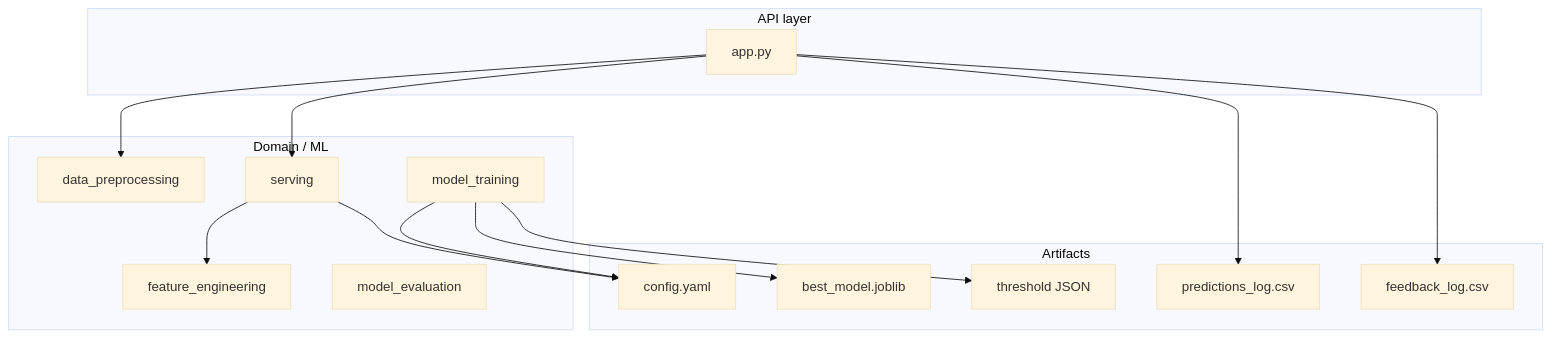
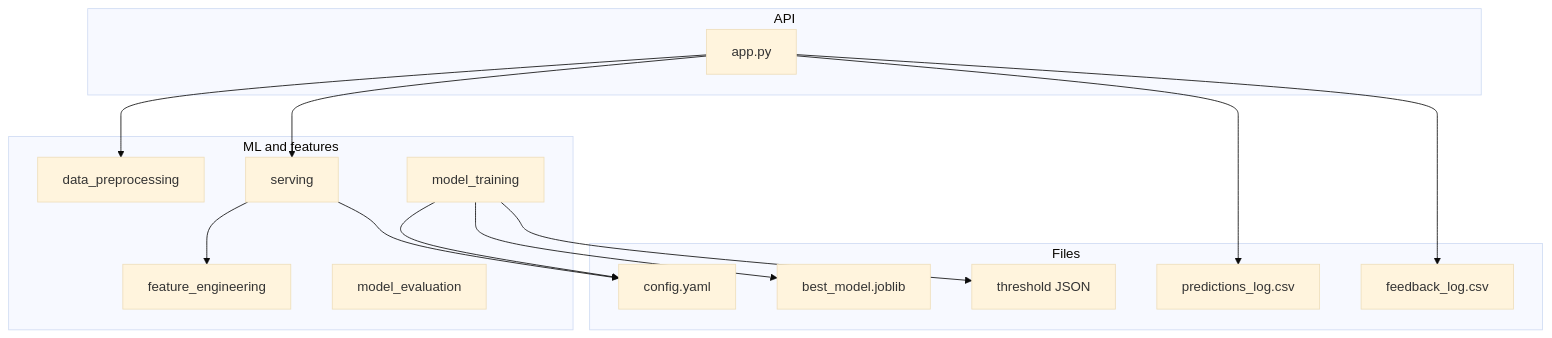
The third of 9 diagrams in docs/03_system_design.md (nhahub/NHA-4-190), drawn with Mermaid (base theme) before and after one commit. The commit also changed other lines of this file and 8 other files, not shown here.

````diff
--- a/docs/03_system_design.md
+++ b/docs/03_system_design.md
@@ -48,29 +48,29 @@
 ```mermaid
 flowchart TB
-  subgraph api["API layer"]
+  subgraph api["API"]
     app[app.py]
   end
-  subgraph domain["Domain / ML"]
+  subgraph core["ML and features"]
     prep[data_preprocessing]
     fe[feature_engineering]
     serve[serving]
     train[model_training]
     eval[model_evaluation]
   end
-  subgraph data["Artifacts"]
+  subgraph store["Files"]
     cfg[config.yaml]
     mdl[best_model.joblib]
     thr[threshold JSON]
     log[predictions_log.csv]
     fb[feedback_log.csv]
   end
   app --> serve
   app --> prep
   serve --> fe
   train --> mdl
   train --> thr
   app --> log
   app --> fb
+  train --> cfg
   serve --> cfg
-  train --> cfg
 ```
````
